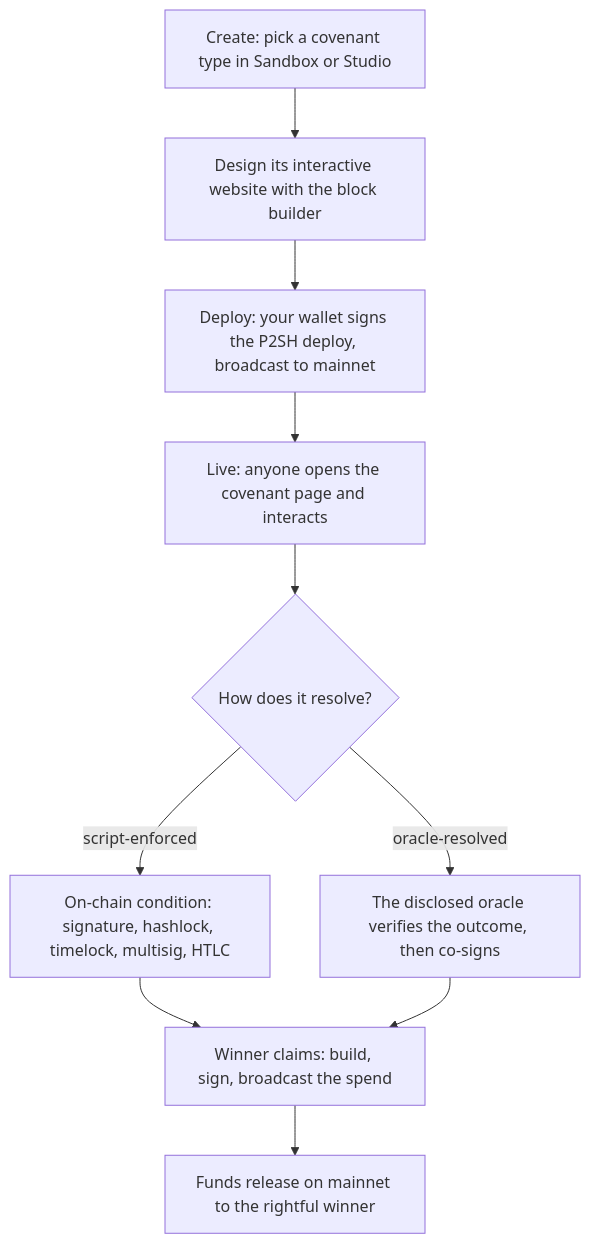
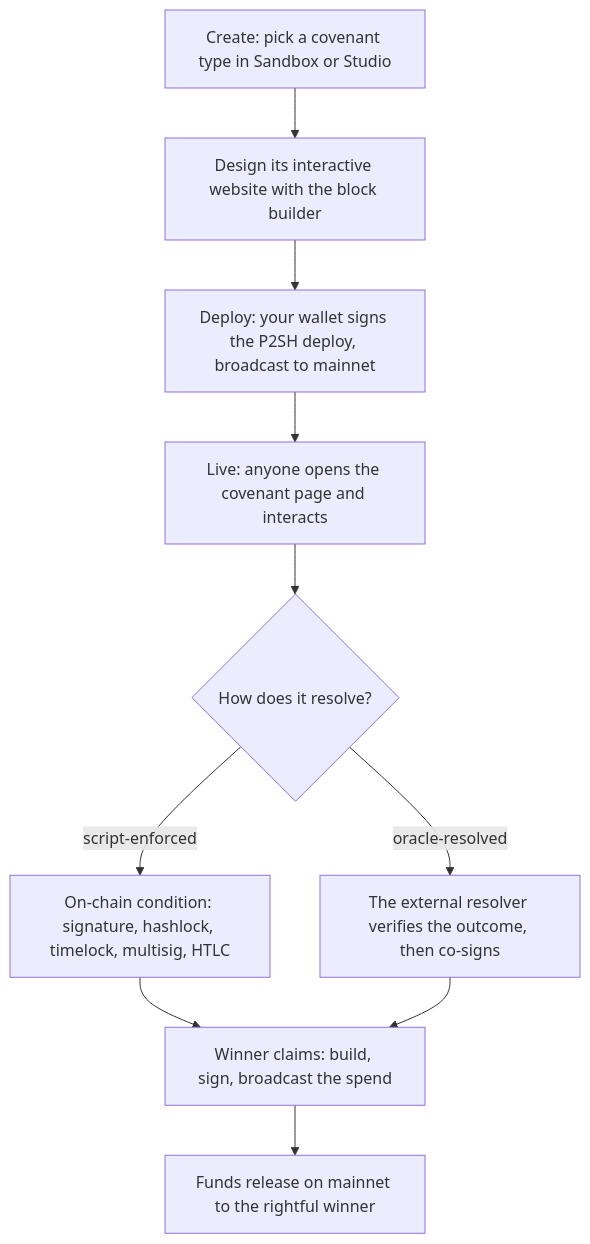
One commit to THTProtocol/Covex27 changed the second of 5 diagrams in README.md. Above: the diagram before and after it, drawn with Mermaid. The commit also changed other lines of this file and 66 other files, not shown here.

First line of the commit message:
fix(honesty): there is no Covex oracle - reframe all enforcement copy to external resolver / off-chain verification

````diff
--- a/README.md
+++ b/README.md
@@ -182,12 +182,12 @@
 ```mermaid
 flowchart TD
   A["Create: pick a covenant type in Sandbox or Studio"] --> B["Design its interactive website with the block builder"]
   B --> C["Deploy: your wallet signs the P2SH deploy, broadcast to mainnet"]
   C --> D["Live: anyone opens the covenant page and interacts"]
   D --> E{"How does it resolve?"}
   E -->|script-enforced| F["On-chain condition: signature, hashlock, timelock, multisig, HTLC"]
-  E -->|oracle-resolved| G["The disclosed oracle verifies the outcome, then co-signs"]
+  E -->|oracle-resolved| G["The external resolver verifies the outcome, then co-signs"]
   F --> H["Winner claims: build, sign, broadcast the spend"]
   G --> H
   H --> I["Funds release on mainnet to the rightful winner"]
 ```
````
